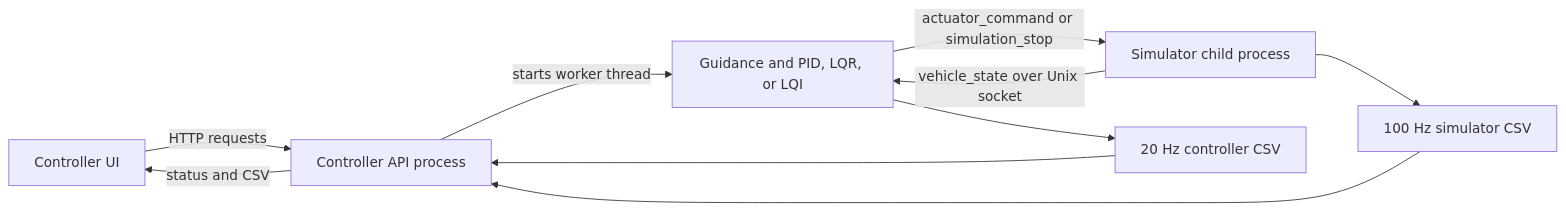
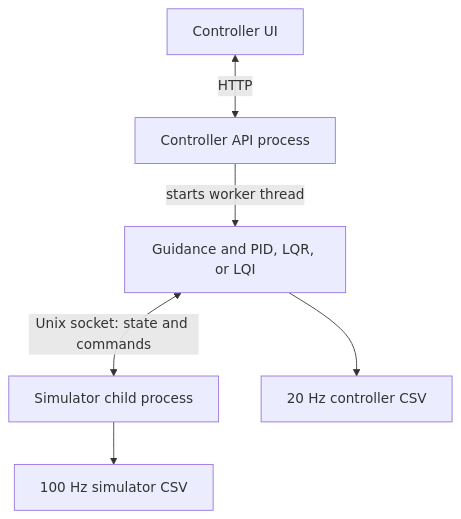
The second of 2 diagrams in README.md (prashanth-ravindran/sub), drawn with Mermaid before and after one commit. The commit also changed other lines of this file, not shown here.

Commit message:
Make README architecture diagrams fit GitHub viewer

````diff
--- a/README.md
+++ b/README.md
@@ -97,12 +94,8 @@
 ```mermaid
-flowchart LR
-    UI["Controller UI"] -->|HTTP requests| API["Controller API process"]
-    API -->|status and CSV| UI
+flowchart TB
+    UI["Controller UI"] <-->|HTTP| API["Controller API process"]
     API -->|starts worker thread| CTRL["Guidance and PID, LQR, or LQI"]
-    SIM["Simulator child process"] -->|vehicle_state over Unix socket| CTRL
-    CTRL -->|actuator_command or simulation_stop| SIM
+    CTRL <-->|Unix socket: state and commands| SIM["Simulator child process"]
     CTRL --> CONTROL_CSV["20 Hz controller CSV"]
     SIM --> STATE_CSV["100 Hz simulator CSV"]
-    CONTROL_CSV --> API
-    STATE_CSV --> API
 ```
````
